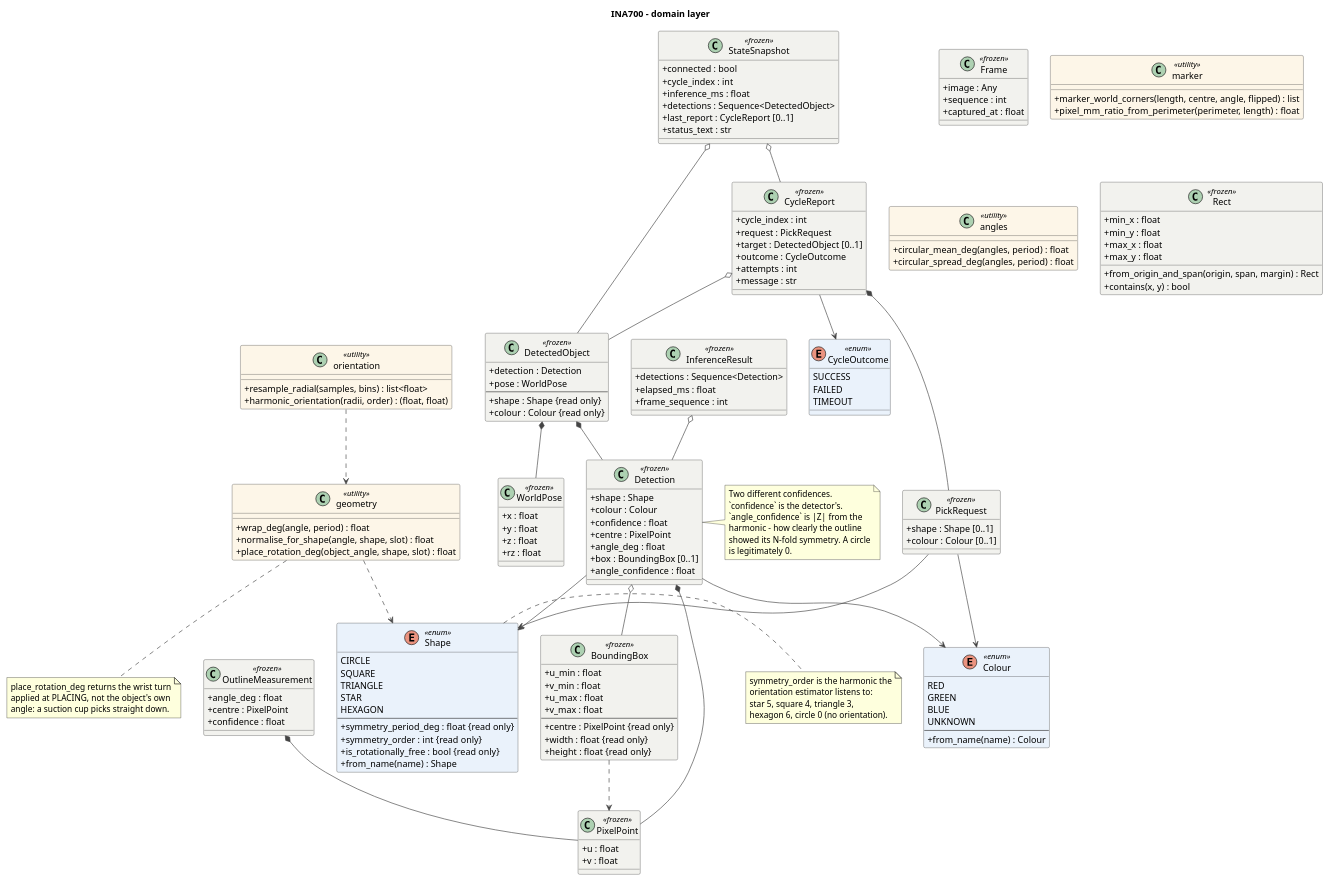
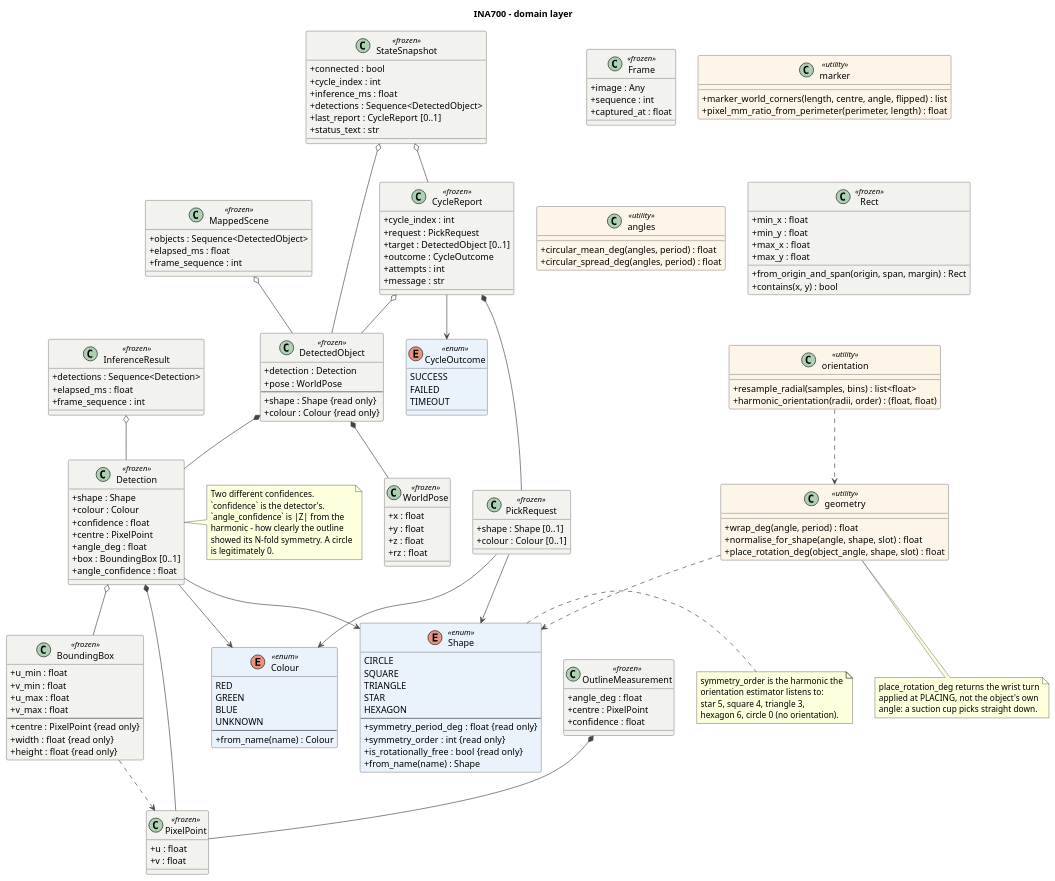
One commit to suka1901/project_industrial_automation changed the diagram in docs/uml/02-domain.puml. Above: the diagram before and after it, drawn with PlantUML. The commit also changed 7 other files, not shown here.

```diff
--- a/docs/uml/02-domain.puml
+++ b/docs/uml/02-domain.puml
@@ -115,6 +115,12 @@
   +frame_sequence : int
 }
 
+class MappedScene <<frozen>> {
+  +objects : Sequence<DetectedObject>
+  +elapsed_ms : float
+  +frame_sequence : int
+}
+
 class PickRequest <<frozen>> {
   +shape : Shape [0..1]
   +colour : Colour [0..1]
@@ -177,6 +183,7 @@
 DetectedObject *-- Detection
 DetectedObject *-- WorldPose
 InferenceResult o-- Detection
+MappedScene o-- DetectedObject
 PickRequest --> Shape
 PickRequest --> Colour
 CycleReport *-- PickRequest
```
